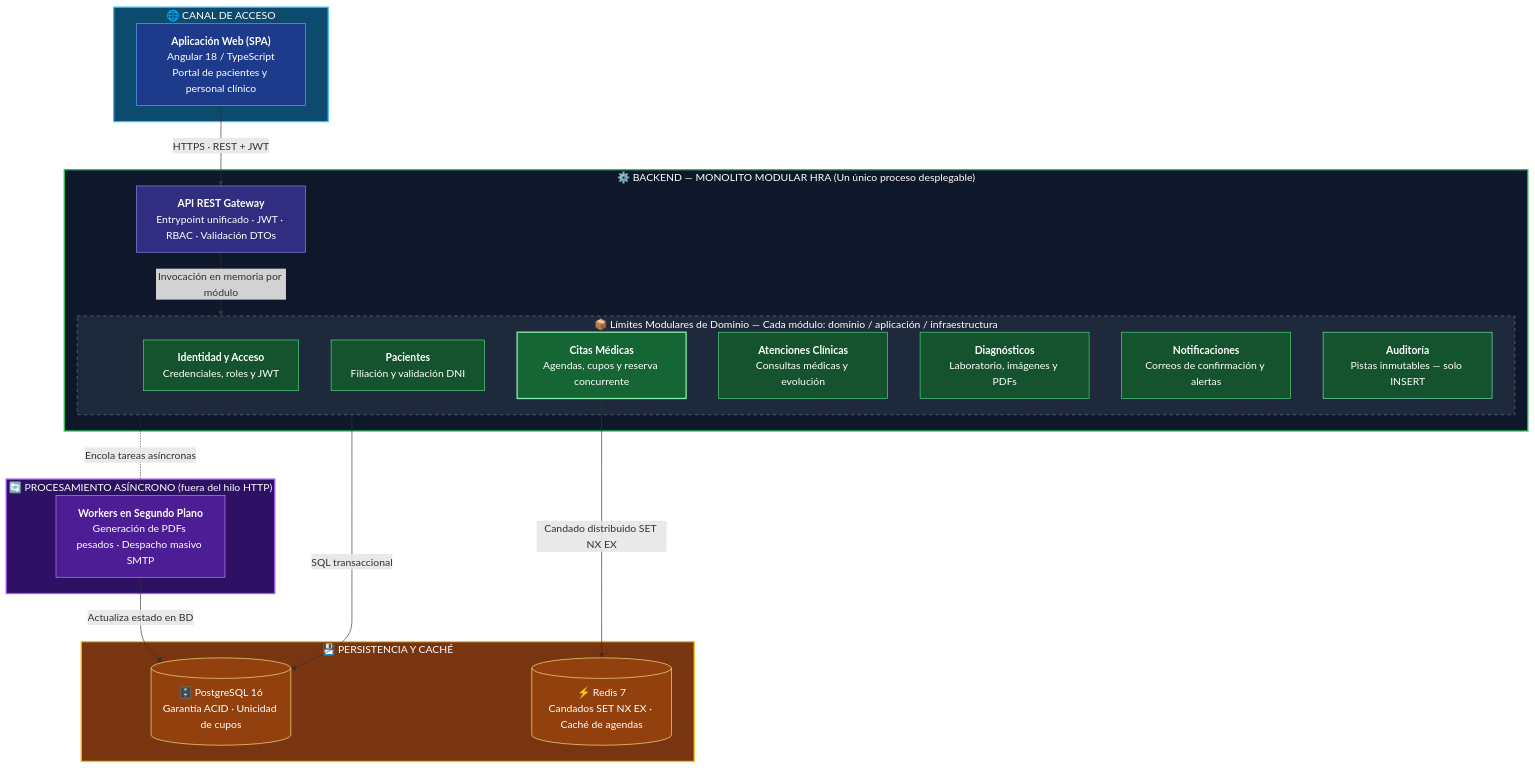
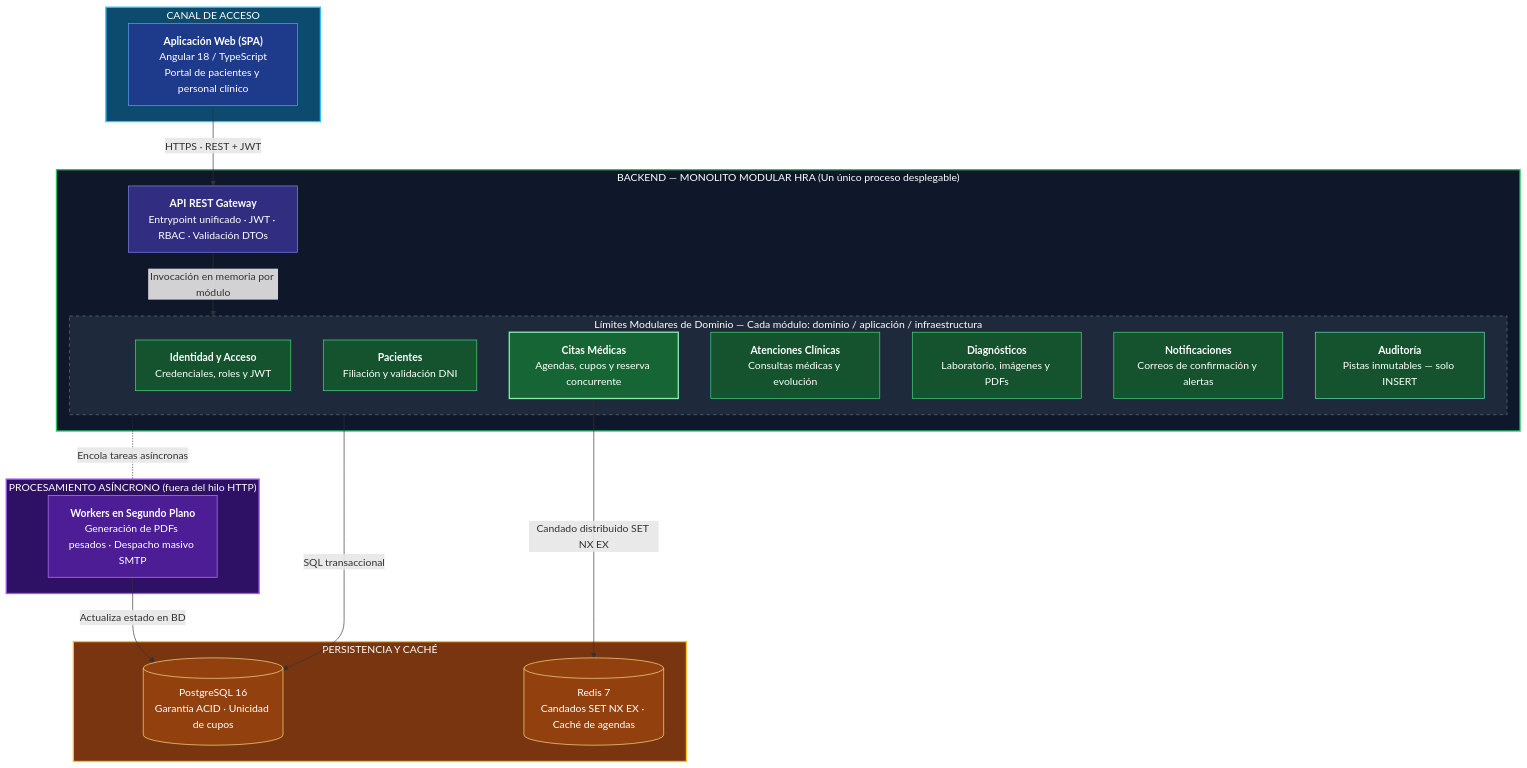
The diagram in Docs/02-arquitectura-software/estilo-arquitectonico.md (Pierrot-01/Proyecto_Hospital), drawn with Mermaid before and after one commit. The commit also changed 6 other files, not shown here.

Commit message:
feat(docs): eliminar redundancias entre carpetas, incorporar diagramas dedicados de patrones y componentes, y estilizar sin iconos

````diff
--- a/Docs/02-arquitectura-software/estilo-arquitectonico.md
+++ b/Docs/02-arquitectura-software/estilo-arquitectonico.md
@@ -24,56 +24,56 @@
 ```mermaid
 flowchart TD
 
-subgraph CLIENTE["🌐 CANAL DE ACCESO"]
+subgraph CLIENTE["CANAL DE ACCESO"]
     SPA["<b>Aplicación Web (SPA)</b><br>Angular 18 / TypeScript<br>Portal de pacientes y personal clínico"]
 end
 
-subgraph MONOLITO["⚙️ BACKEND — MONOLITO MODULAR HRA (Un único proceso desplegable)"]
+subgraph MONOLITO["BACKEND — MONOLITO MODULAR HRA (Un único proceso desplegable)"]
     API["<b>API REST Gateway</b><br>Entrypoint unificado · JWT · RBAC · Validación DTOs"]
 
-    subgraph MODULOS["📦 Límites Modulares de Dominio — Cada módulo: dominio / aplicación / infraestructura"]
+    subgraph MODULOS["Límites Modulares de Dominio — Cada módulo: dominio / aplicación / infraestructura"]
         M1["<b>Identidad y Acceso</b><br>Credenciales, roles y JWT"]
         M2["<b>Pacientes</b><br>Filiación y validación DNI"]
         M3["<b>Citas Médicas</b><br>Agendas, cupos y reserva concurrente"]
         M4["<b>Atenciones Clínicas</b><br>Consultas médicas y evolución"]
         M5["<b>Diagnósticos</b><br>Laboratorio, imágenes y PDFs"]
         M6["<b>Notificaciones</b><br>Correos de confirmación y alertas"]
         M7["<b>Auditoría</b><br>Pistas inmutables — solo INSERT"]
     end
 end
 
-subgraph ASINCRONO["🔄 PROCESAMIENTO ASÍNCRONO (fuera del hilo HTTP)"]
+subgraph ASINCRONO["PROCESAMIENTO ASÍNCRONO (fuera del hilo HTTP)"]
     Worker["<b>Workers en Segundo Plano</b><br>Generación de PDFs pesados · Despacho masivo SMTP"]
 end
 
-subgraph DATOS["💾 PERSISTENCIA Y CACHÉ"]
-    BD[("🗄️ PostgreSQL 16<br>Garantía ACID · Unicidad de cupos")]
-    Cache[("⚡ Redis 7<br>Candados SET NX EX · Caché de agendas")]
+subgraph DATOS["PERSISTENCIA Y CACHÉ"]
+    BD[("PostgreSQL 16<br>Garantía ACID · Unicidad de cupos")]
+    Cache[("Redis 7<br>Candados SET NX EX · Caché de agendas")]
 end
 
 SPA -->|"HTTPS · REST + JWT"| API
 API -->|"Invocación en memoria por módulo"| MODULOS
 MODULOS -->|"SQL transaccional"| BD
 M3 -->|"Candado distribuido SET NX EX"| Cache
 MODULOS -.-|"Encola tareas asíncronas"| Worker
 Worker -->|"Actualiza estado en BD"| BD
 
 style CLIENTE fill:#0c4a6e,stroke:#38bdf8,stroke-width:2px,color:#fff
 style MONOLITO fill:#0f172a,stroke:#22c55e,stroke-width:2px,color:#fff
 style MODULOS fill:#1e293b,stroke:#64748b,stroke-dasharray: 5 5,color:#fff
 style ASINCRONO fill:#2e1065,stroke:#a855f7,stroke-width:2px,color:#fff
 style DATOS fill:#78350f,stroke:#fbbf24,stroke-width:2px,color:#fff
 
 style SPA fill:#1e3a8a,stroke:#60a5fa,color:#fff
 style API fill:#312e81,stroke:#818cf8,color:#fff
 style M1 fill:#14532d,stroke:#4ade80,color:#fff
 style M2 fill:#14532d,stroke:#4ade80,color:#fff
 style M3 fill:#166534,stroke:#86efac,stroke-width:2px,color:#fff
 style M4 fill:#14532d,stroke:#4ade80,color:#fff
 style M5 fill:#14532d,stroke:#4ade80,color:#fff
 style M6 fill:#14532d,stroke:#4ade80,color:#fff
 style M7 fill:#14532d,stroke:#6ee7b7,color:#fff
 style Worker fill:#4c1d95,stroke:#c084fc,color:#fff
 style BD fill:#92400e,stroke:#fde68a,color:#fff
 style Cache fill:#92400e,stroke:#fde68a,color:#fff
 ```
````
